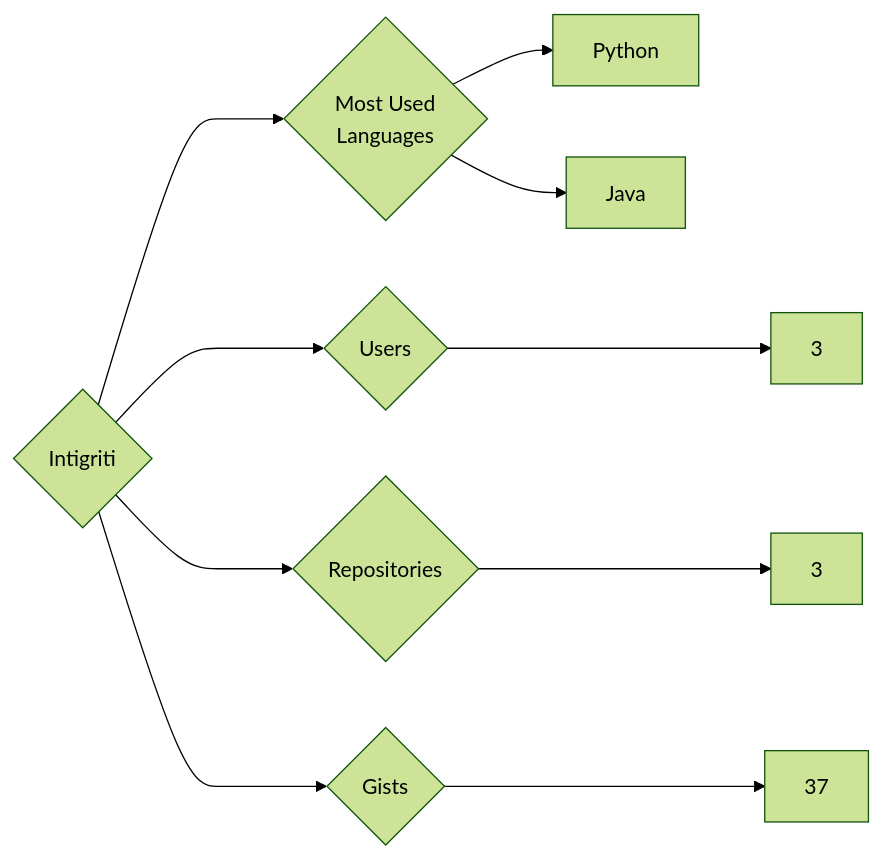
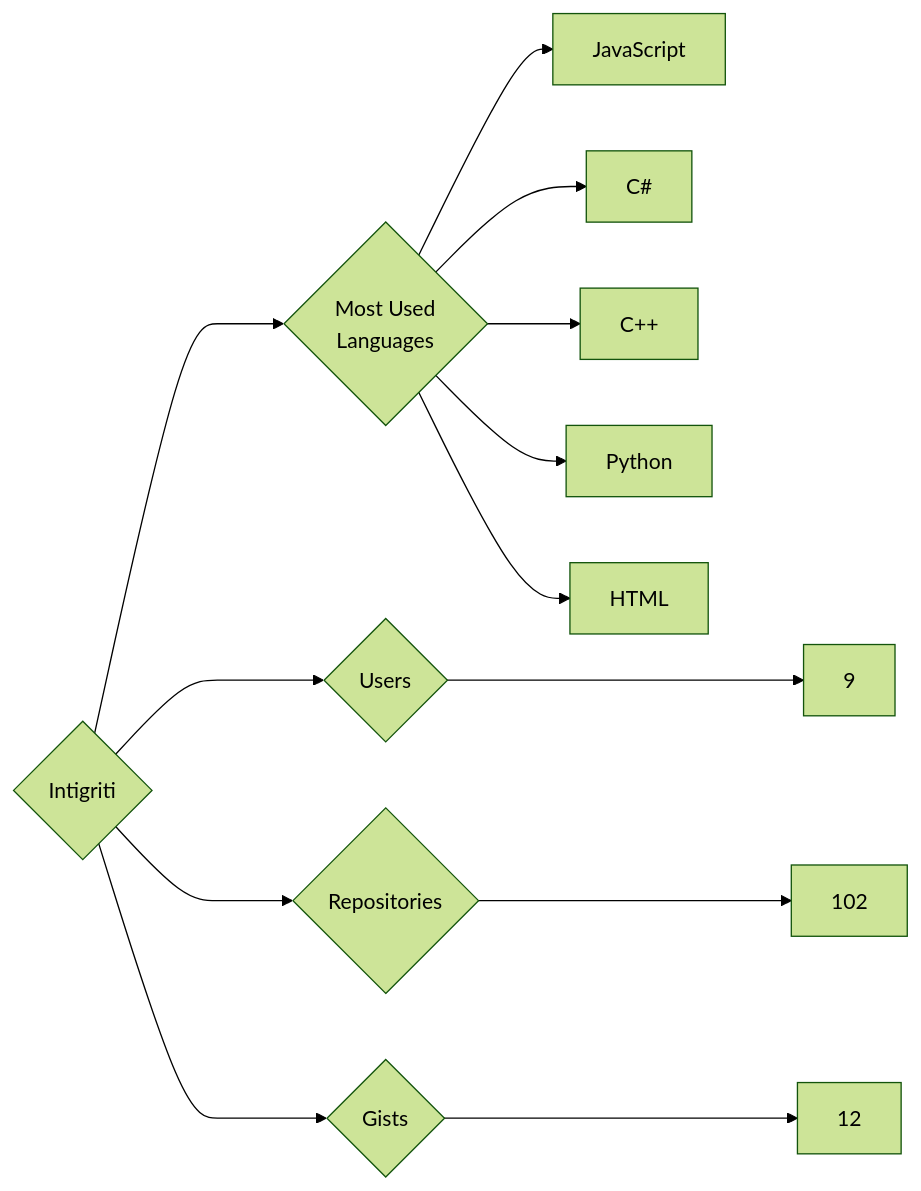
The diagram in targets/Intigriti/README.md (trickest/insiders), drawn with Mermaid (forest theme) before and after one commit. The commit also changed 782 other files, not shown here.

````diff
--- a/targets/Intigriti/README.md
+++ b/targets/Intigriti/README.md
@@ -3,10 +3,13 @@
 ```mermaid
 graph LR
 COMPANY_NAME{Intigriti}
-COMPANY_NAME ---> U{Users} ---> UN[3]
-COMPANY_NAME ---> R{Repositories} ---> RN[3]
-COMPANY_NAME ---> G{Gists} ---> GN[37]
+COMPANY_NAME ---> U{Users} ---> UN[9]
+COMPANY_NAME ---> R{Repositories} ---> RN[102]
+COMPANY_NAME ---> G{Gists} ---> GN[12]
 COMPANY_NAME ---> ML{Most Used<br>Languages}
+ML --> JavaScript[JavaScript]
+ML --> C#[C#]
+ML --> C++[C++]
 ML --> Python[Python]
-ML --> Java[Java]
+ML --> HTML[HTML]
 ```
````
